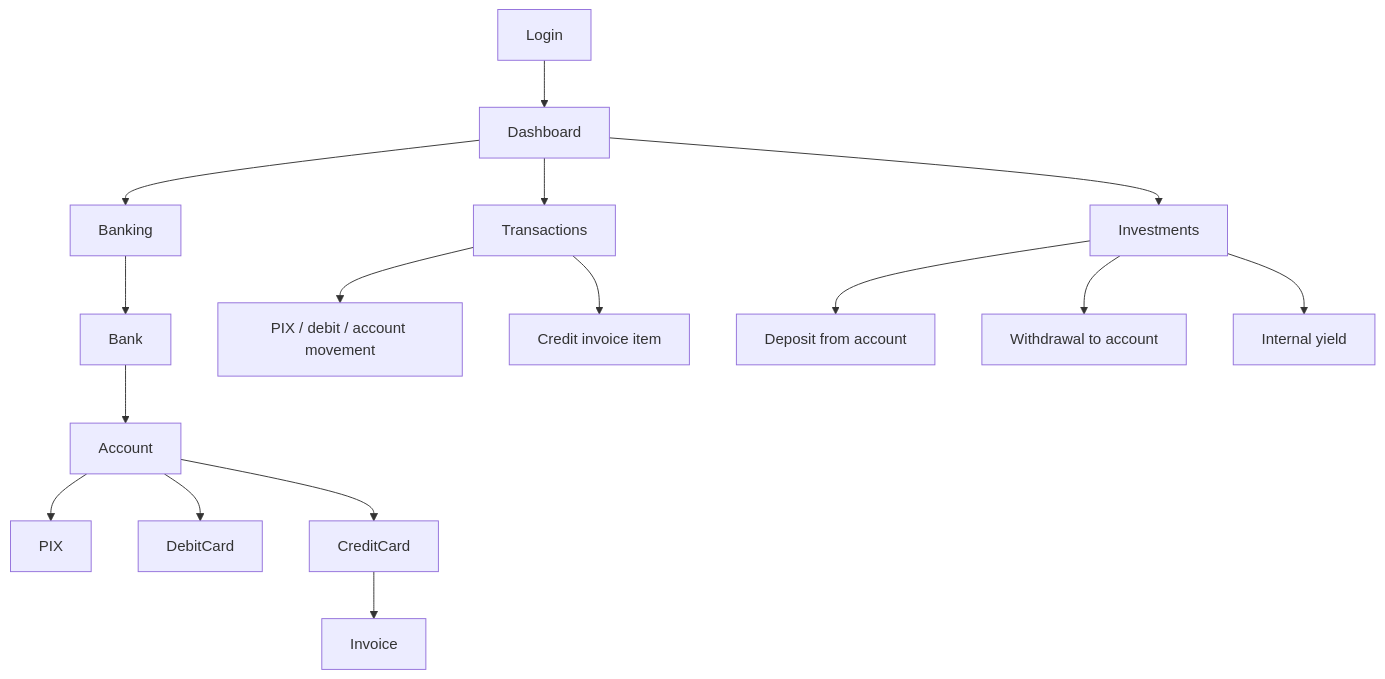
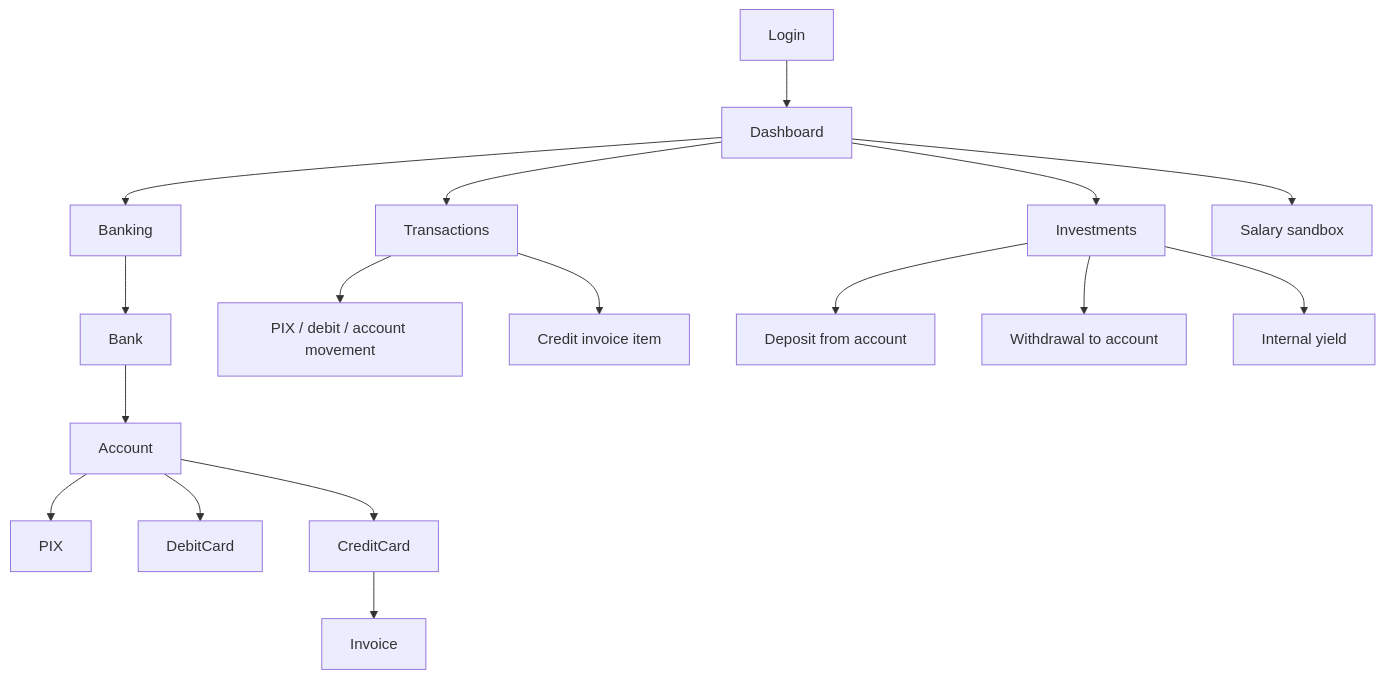
One commit to HenriqueMayer/TuxedoFinance changed the diagram in docs/product-requirements.md. Above: the diagram before and after it, drawn with Mermaid. The commit also changed other lines of this file and 17 other files, not shown here.

````diff
--- a/docs/product-requirements.md
+++ b/docs/product-requirements.md
@@ -194,18 +215,19 @@
 ```mermaid
 flowchart TD
     Login --> Dashboard
     Dashboard --> Banking
     Dashboard --> Transactions
     Dashboard --> Investments
+    Dashboard --> SalarySandbox[Salary sandbox]
     Banking --> Bank
     Bank --> Account
     Account --> PIX
     Account --> DebitCard
     Account --> CreditCard
     CreditCard --> Invoice
     Transactions --> Immediate[PIX / debit / account movement]
     Transactions --> Deferred[Credit invoice item]
     Investments --> Deposit[Deposit from account]
     Investments --> Withdrawal[Withdrawal to account]
     Investments --> Yield[Internal yield]
 ```
````
